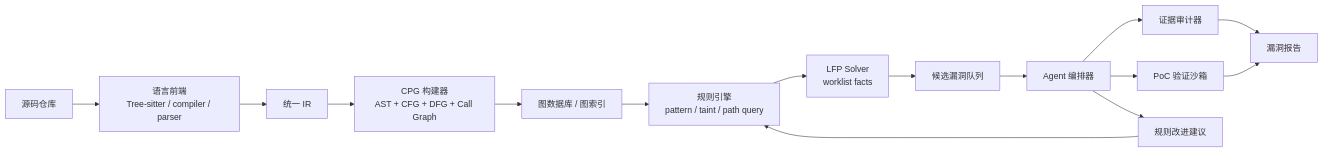
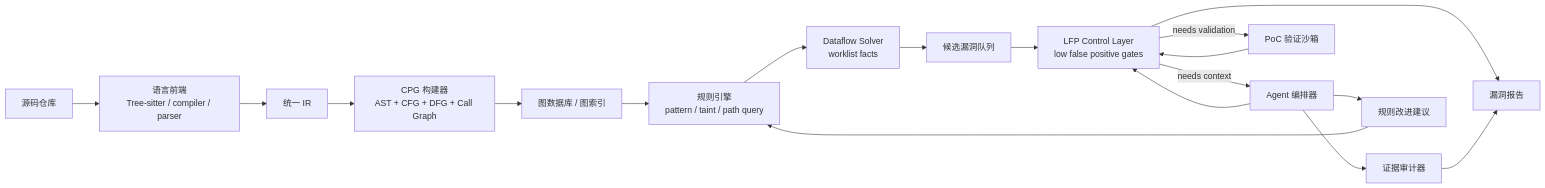
The second of 4 diagrams in src/content/posts/2026-05-18-agent-cpg-lfp-white-box-scanner.md (Alphacl0w/auto-evolution-notes), drawn with Mermaid before and after one commit. The commit also changed other lines of this file, not shown here.

Commit message:
Correct LFP white-box scanner design

````diff
--- a/src/content/posts/2026-05-18-agent-cpg-lfp-white-box-scanner.md
+++ b/src/content/posts/2026-05-18-agent-cpg-lfp-white-box-scanner.md
@@ -142,17 +174,20 @@
 ```mermaid
 flowchart LR
   A["源码仓库"] --> B["语言前端<br/>Tree-sitter / compiler / parser"]
   B --> C["统一 IR"]
   C --> D["CPG 构建器<br/>AST + CFG + DFG + Call Graph"]
   D --> E["图数据库 / 图索引"]
   E --> F["规则引擎<br/>pattern / taint / path query"]
-  F --> G["LFP Solver<br/>worklist facts"]
+  F --> G["Dataflow Solver<br/>worklist facts"]
   G --> H["候选漏洞队列"]
-  H --> I["Agent 编排器"]
-  I --> J["证据审计器"]
-  I --> K["PoC 验证沙箱"]
-  J --> L["漏洞报告"]
-  K --> L
-  I --> M["规则改进建议"]
-  M --> F
+  H --> I["LFP Control Layer<br/>low false positive gates"]
+  I -->|needs context| J["Agent 编排器"]
+  I -->|needs validation| L["PoC 验证沙箱"]
+  J --> K["证据审计器"]
+  J --> I
+  L --> I
+  I --> M["漏洞报告"]
+  K --> M
+  J --> N["规则改进建议"]
+  N --> F
 ```
````
